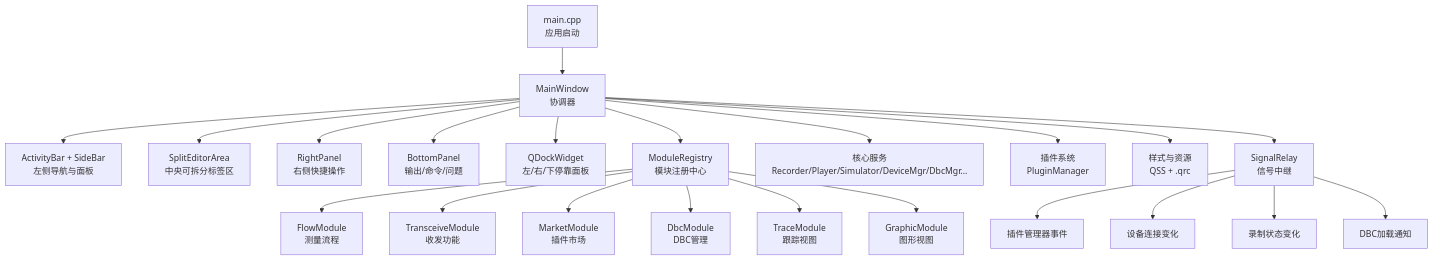
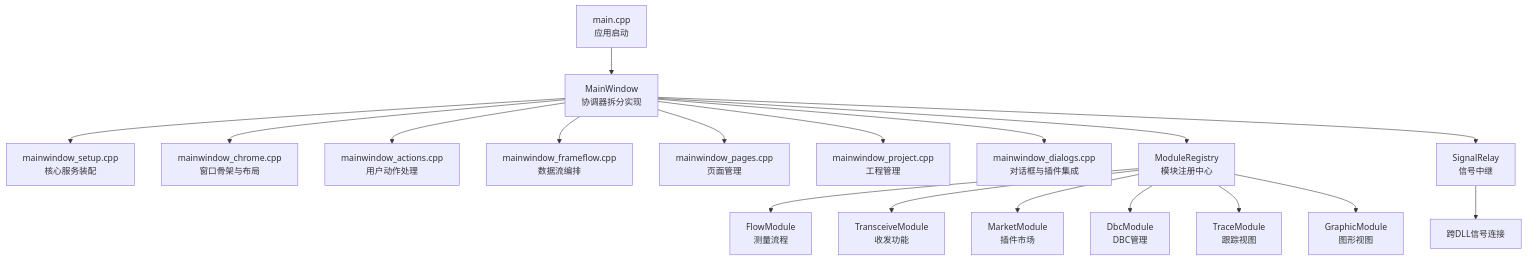
One commit to jakecai1225-design/OpenBus changed the first of 10 diagrams in .qoder/repowiki/zh/content/架构设计/主窗口组件架构.md. Above: the diagram before and after it, drawn with Mermaid. The commit also changed other lines of this file and 899 other files, not shown here.

````diff
--- a/.qoder/repowiki/zh/content/架构设计/主窗口组件架构.md
+++ b/.qoder/repowiki/zh/content/架构设计/主窗口组件架构.md
@@ -52,24 +51,20 @@
 ```mermaid
 graph TB
-A["main.cpp<br/>应用启动"] --> B["MainWindow<br/>协调器"]
-B --> C["ActivityBar + SideBar<br/>左侧导航与面板"]
-B --> D["SplitEditorArea<br/>中央可拆分标签区"]
-B --> E["RightPanel<br/>右侧快捷操作"]
-B --> F["BottomPanel<br/>输出/命令/问题"]
-B --> G["QDockWidget<br/>左/右/下停靠面板"]
-B --> H["ModuleRegistry<br/>模块注册中心"]
-H --> I["FlowModule<br/>测量流程"]
-H --> J["TransceiveModule<br/>收发功能"]
-H --> K["MarketModule<br/>插件市场"]
-H --> L["DbcModule<br/>DBC管理"]
-H --> M["TraceModule<br/>跟踪视图"]
-H --> N["GraphicModule<br/>图形视图"]
-B --> O["核心服务<br/>Recorder/Player/Simulator/DeviceMgr/DbcMgr..."]
-B --> P["插件系统<br/>PluginManager"]
-B --> Q["样式与资源<br/>QSS + .qrc"]
-B --> R["SignalRelay<br/>信号中继"]
-R --> S["插件管理器事件"]
-R --> T["设备连接变化"]
-R --> U["录制状态变化"]
-R --> V["DBC加载通知"]
+A["main.cpp<br/>应用启动"] --> B["MainWindow<br/>协调器拆分实现"]
+B --> C["mainwindow_setup.cpp<br/>核心服务装配"]
+B --> D["mainwindow_chrome.cpp<br/>窗口骨架与布局"]
+B --> E["mainwindow_actions.cpp<br/>用户动作处理"]
+B --> F["mainwindow_frameflow.cpp<br/>数据流编排"]
+B --> G["mainwindow_pages.cpp<br/>页面管理"]
+B --> H["mainwindow_project.cpp<br/>工程管理"]
+B --> I["mainwindow_dialogs.cpp<br/>对话框与插件集成"]
+B --> J["ModuleRegistry<br/>模块注册中心"]
+J --> K["FlowModule<br/>测量流程"]
+J --> L["TransceiveModule<br/>收发功能"]
+J --> M["MarketModule<br/>插件市场"]
+J --> N["DbcModule<br/>DBC管理"]
+J --> O["TraceModule<br/>跟踪视图"]
+J --> P["GraphicModule<br/>图形视图"]
+B --> Q["SignalRelay<br/>信号中继"]
+Q --> R["跨DLL信号连接"]
 ```
````
